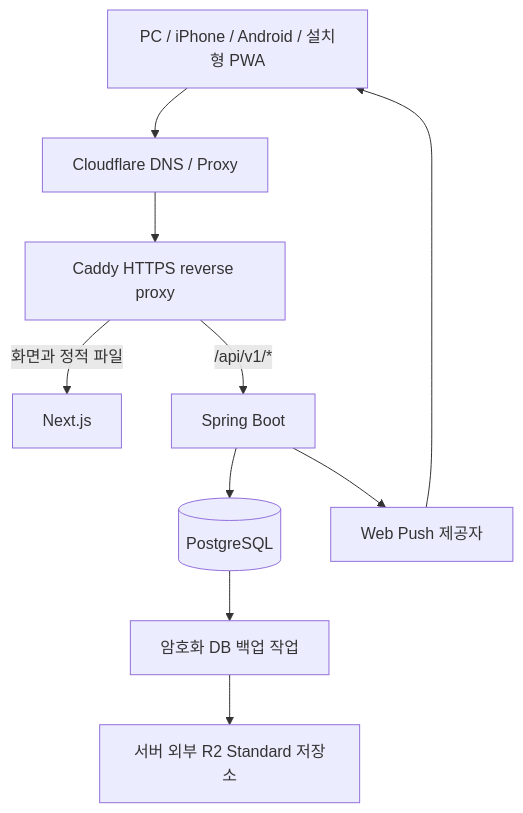
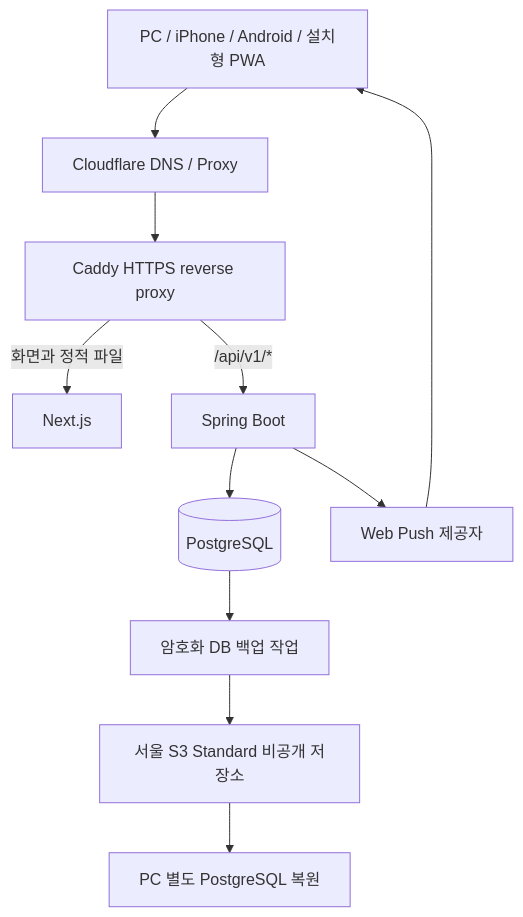
Before and after one commit to developer-sw/jeongeum-band-scheduler: the diagram in docs/ARCHITECTURE.md, drawn with Mermaid. The commit also changed other lines of this file and 22 other files, not shown here.

````diff
--- a/docs/ARCHITECTURE.md
+++ b/docs/ARCHITECTURE.md
@@ -27,12 +33,13 @@
 ```mermaid
 flowchart TD
     U[PC / iPhone / Android / 설치형 PWA] --> CF[Cloudflare DNS / Proxy]
     CF --> C[Caddy HTTPS reverse proxy]
     C -->|화면과 정적 파일| N[Next.js]
     C -->|/api/v1/*| S[Spring Boot]
     S --> P[(PostgreSQL)]
     S --> W[Web Push 제공자]
     W --> U
     P --> B[암호화 DB 백업 작업]
-    B --> R[서버 외부 R2 Standard 저장소]
+    B --> R[서울 S3 Standard 비공개 저장소]
+    R --> DR[PC 별도 PostgreSQL 복원]
 ```
````
